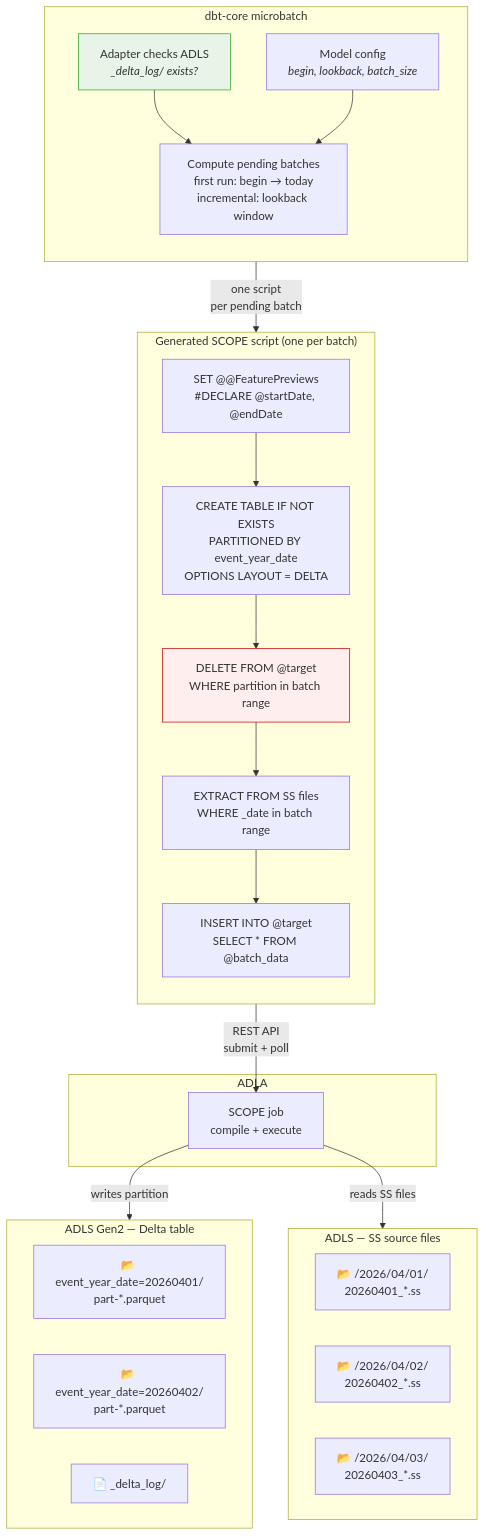
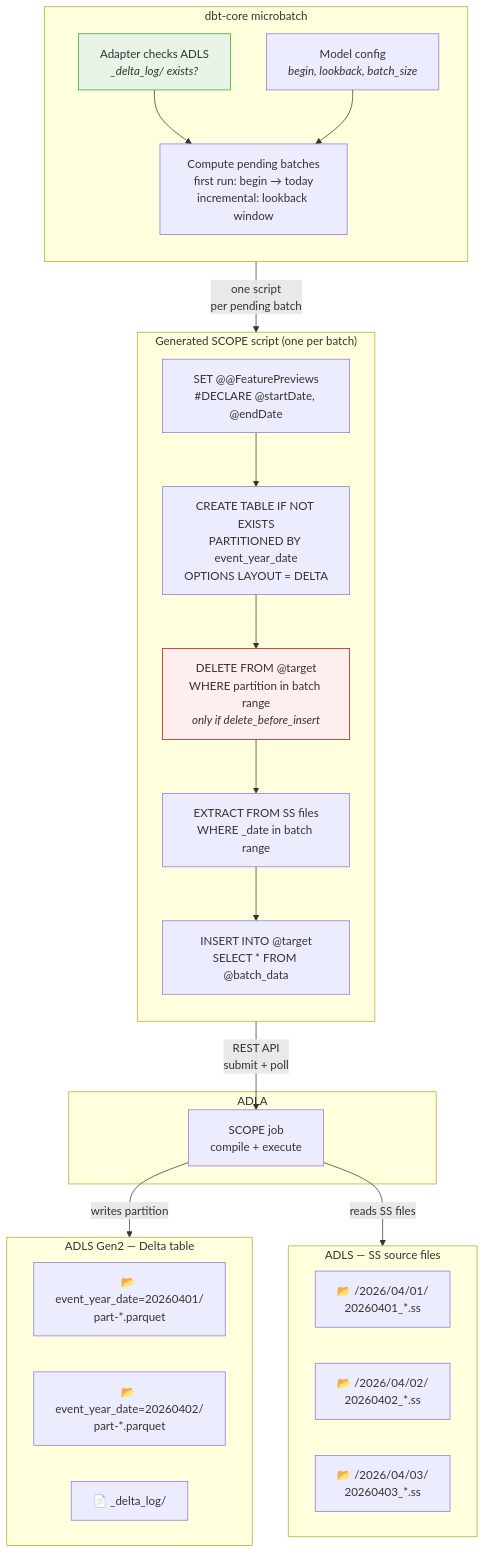
One commit to microsoft/dbt-scope changed the diagram in README.md. Above: the diagram before and after it, drawn with Mermaid. The commit also changed other lines of this file and 1 other file, not shown here.

Commit message:
Update docs and don't depend on DuckDB partition parsing with Delta Kernel

````diff
--- a/README.md
+++ b/README.md
@@ -41,47 +44,47 @@
 ```mermaid
 flowchart TB
     subgraph Sources["ADLS — SS source files"]
         direction LR
         SS1["📂 /2026/04/01/<br/>20260401_*.ss"]
         SS2["📂 /2026/04/02/<br/>20260402_*.ss"]
         SS3["📂 /2026/04/03/<br/>20260403_*.ss"]
     end
 
     subgraph dbt["dbt-core microbatch"]
         direction TB
         Detect["Adapter checks ADLS<br/><i>_delta_log/ exists?</i>"]
         Config["Model config<br/><i>begin, lookback, batch_size</i>"]
         BatchCalc["Compute pending batches<br/>first run: begin → today<br/>incremental: lookback window"]
         Detect --> BatchCalc
         Config --> BatchCalc
     end
 
     subgraph Batch["Generated SCOPE script (one per batch)"]
         direction TB
         S1["SET @@FeaturePreviews<br/>#DECLARE @startDate, @endDate"]
         DDL["CREATE TABLE IF NOT EXISTS<br/>PARTITIONED BY event_year_date<br/>OPTIONS LAYOUT = DELTA"]
-        DEL["DELETE FROM @target<br/>WHERE partition in batch range"]
+        DEL["DELETE FROM @target<br/>WHERE partition in batch range<br/><i>only if delete_before_insert</i>"]
         EXT["EXTRACT FROM SS files<br/>WHERE _date in batch range"]
         INS["INSERT INTO @target<br/>SELECT * FROM @batch_data"]
         S1 --> DDL --> DEL --> EXT --> INS
     end
 
     subgraph ADLA["ADLA"]
         Job["SCOPE job<br/>compile + execute"]
     end
 
     subgraph Target["ADLS Gen2 — Delta table"]
         direction LR
         P1["📂 event_year_date=20260401/<br/>part-*.parquet"]
         P2["📂 event_year_date=20260402/<br/>part-*.parquet"]
         DL["📄 _delta_log/"]
     end
 
     BatchCalc -- "one script<br/>per pending batch" --> Batch
     INS -- "REST API<br/>submit + poll" --> Job
     Job -- "reads SS files" --> SS1
     Job -- "writes partition" --> P1
 
     style DEL fill:#fee,stroke:#c00
     style Detect fill:#e8f4e8,stroke:#2a2
 ```
````
